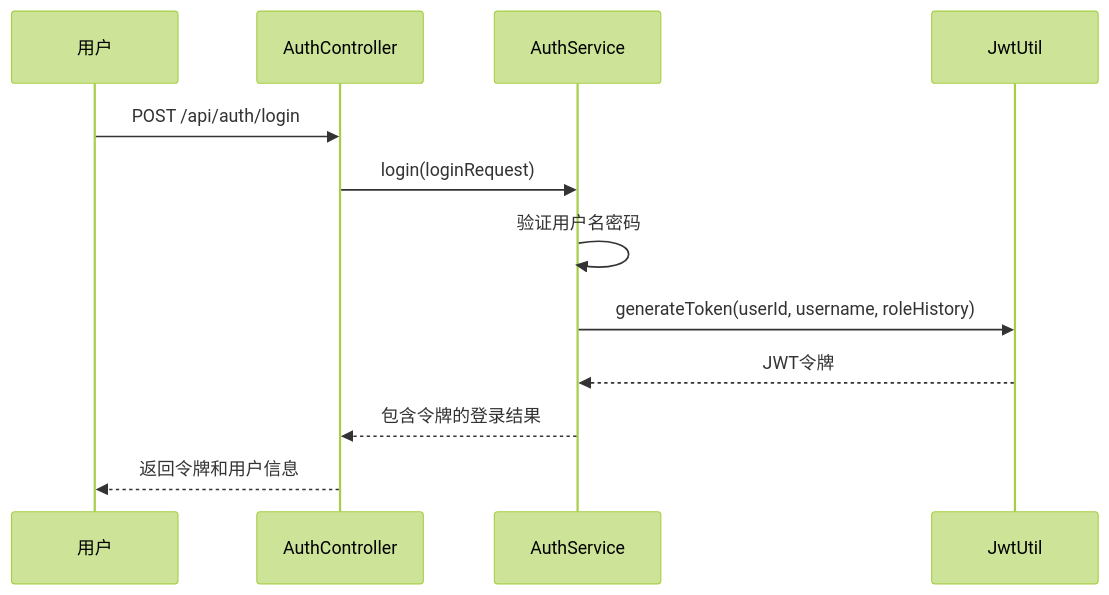
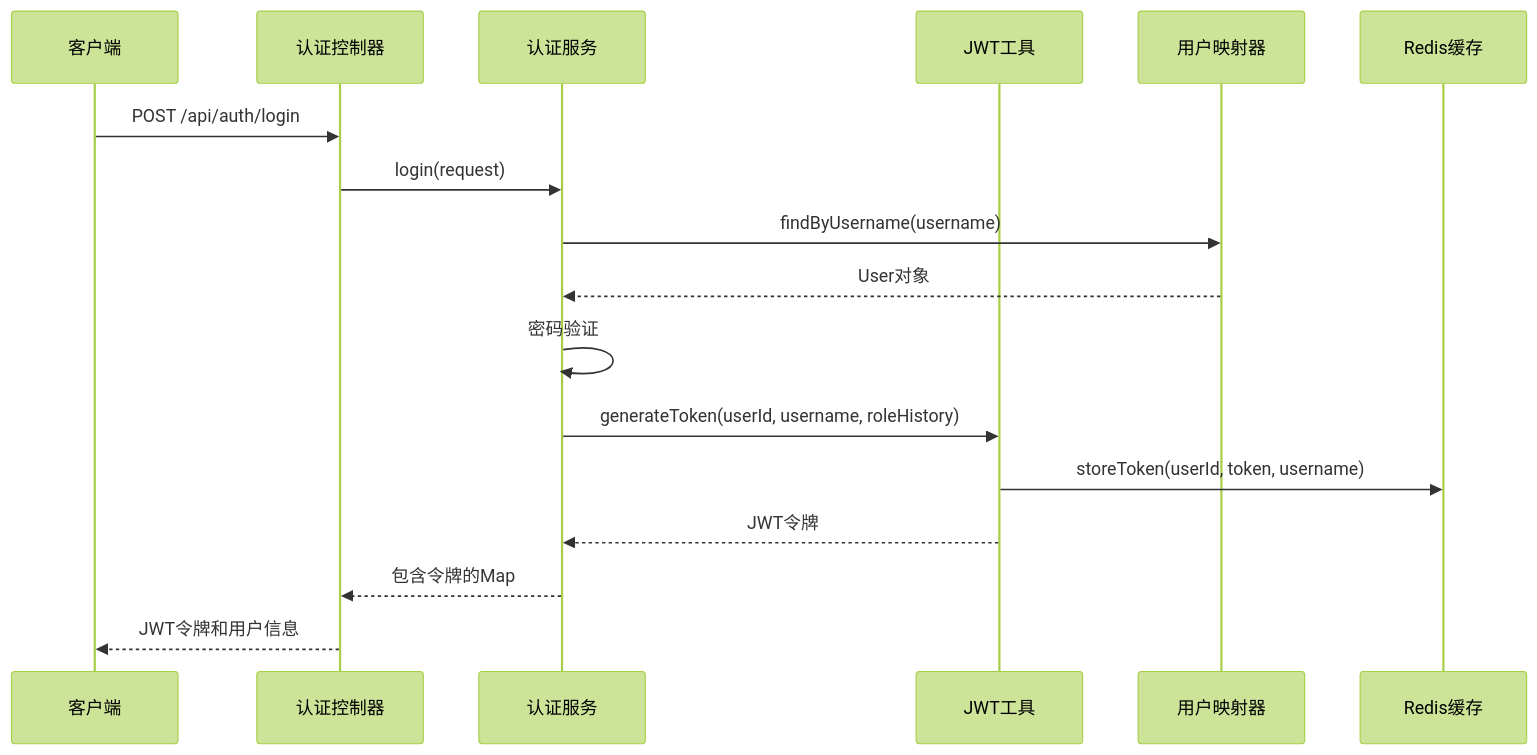
One commit to Redmoon-2333/HumanResourceOfficial changed the third of 12 diagrams in .qoder/repowiki/zh/content/项目概述.md. Above: the diagram before and after it, drawn with Mermaid (forest theme). The commit also changed other lines of this file and 60 other files, not shown here.

````diff
--- a/.qoder/repowiki/zh/content/项目概述.md
+++ b/.qoder/repowiki/zh/content/项目概述.md
@@ -153,14 +163,19 @@
 ```mermaid
 sequenceDiagram
-participant 用户
-participant AuthController
-participant AuthService
-participant JwtUtil
-用户->>AuthController : POST /api/auth/login
-AuthController->>AuthService : login(loginRequest)
-AuthService->>AuthService : 验证用户名密码
+participant Client as 客户端
+participant AuthController as 认证控制器
+participant AuthService as 认证服务
+participant JwtUtil as JWT工具
+participant UserMapper as 用户映射器
+participant Redis as Redis缓存
+Client->>AuthController : POST /api/auth/login
+AuthController->>AuthService : login(request)
+AuthService->>UserMapper : findByUsername(username)
+UserMapper-->>AuthService : User对象
+AuthService->>AuthService : 密码验证
 AuthService->>JwtUtil : generateToken(userId, username, roleHistory)
+JwtUtil->>Redis : storeToken(userId, token, username)
 JwtUtil-->>AuthService : JWT令牌
-AuthService-->>AuthController : 包含令牌的登录结果
-AuthController-->>用户 : 返回令牌和用户信息
+AuthService-->>AuthController : 包含令牌的Map
+AuthController-->>Client : JWT令牌和用户信息
 ```
````
